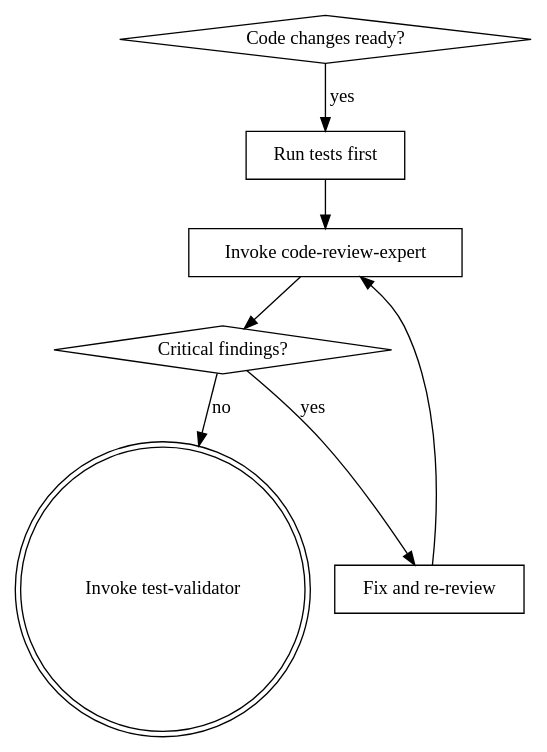
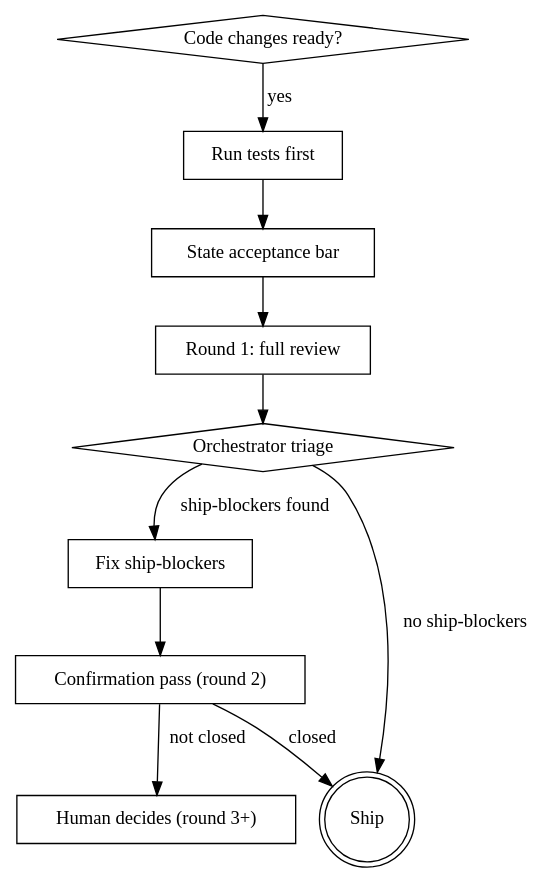
Before and after one commit to Hellblazer/nexus: the diagram in conexus/skills/code-review/SKILL.md, drawn with Graphviz. The commit also changed other lines of this file and 9 other files, not shown here.

````diff
--- a/conexus/skills/code-review/SKILL.md
+++ b/conexus/skills/code-review/SKILL.md
@@ -39,17 +94,23 @@
 ```dot
 digraph review_flow {
     "Code changes ready?" [shape=diamond];
     "Run tests first" [shape=box];
-    "Invoke code-review-expert" [shape=box];
-    "Critical findings?" [shape=diamond];
-    "Fix and re-review" [shape=box];
-    "Invoke test-validator" [shape=doublecircle];
+    "State acceptance bar" [shape=box];
+    "Round 1: full review" [shape=box];
+    "Orchestrator triage" [shape=diamond];
+    "Fix ship-blockers" [shape=box];
+    "Confirmation pass (round 2)" [shape=box];
+    "Human decides (round 3+)" [shape=box];
+    "Ship" [shape=doublecircle];
 
     "Code changes ready?" -> "Run tests first" [label="yes"];
-    "Run tests first" -> "Invoke code-review-expert";
-    "Invoke code-review-expert" -> "Critical findings?";
-    "Critical findings?" -> "Fix and re-review" [label="yes"];
-    "Critical findings?" -> "Invoke test-validator" [label="no"];
-    "Fix and re-review" -> "Invoke code-review-expert";
+    "Run tests first" -> "State acceptance bar";
+    "State acceptance bar" -> "Round 1: full review";
+    "Round 1: full review" -> "Orchestrator triage";
+    "Orchestrator triage" -> "Ship" [label="no ship-blockers"];
+    "Orchestrator triage" -> "Fix ship-blockers" [label="ship-blockers found"];
+    "Fix ship-blockers" -> "Confirmation pass (round 2)";
+    "Confirmation pass (round 2)" -> "Ship" [label="closed"];
+    "Confirmation pass (round 2)" -> "Human decides (round 3+)" [label="not closed"];
 }
 ```
````
